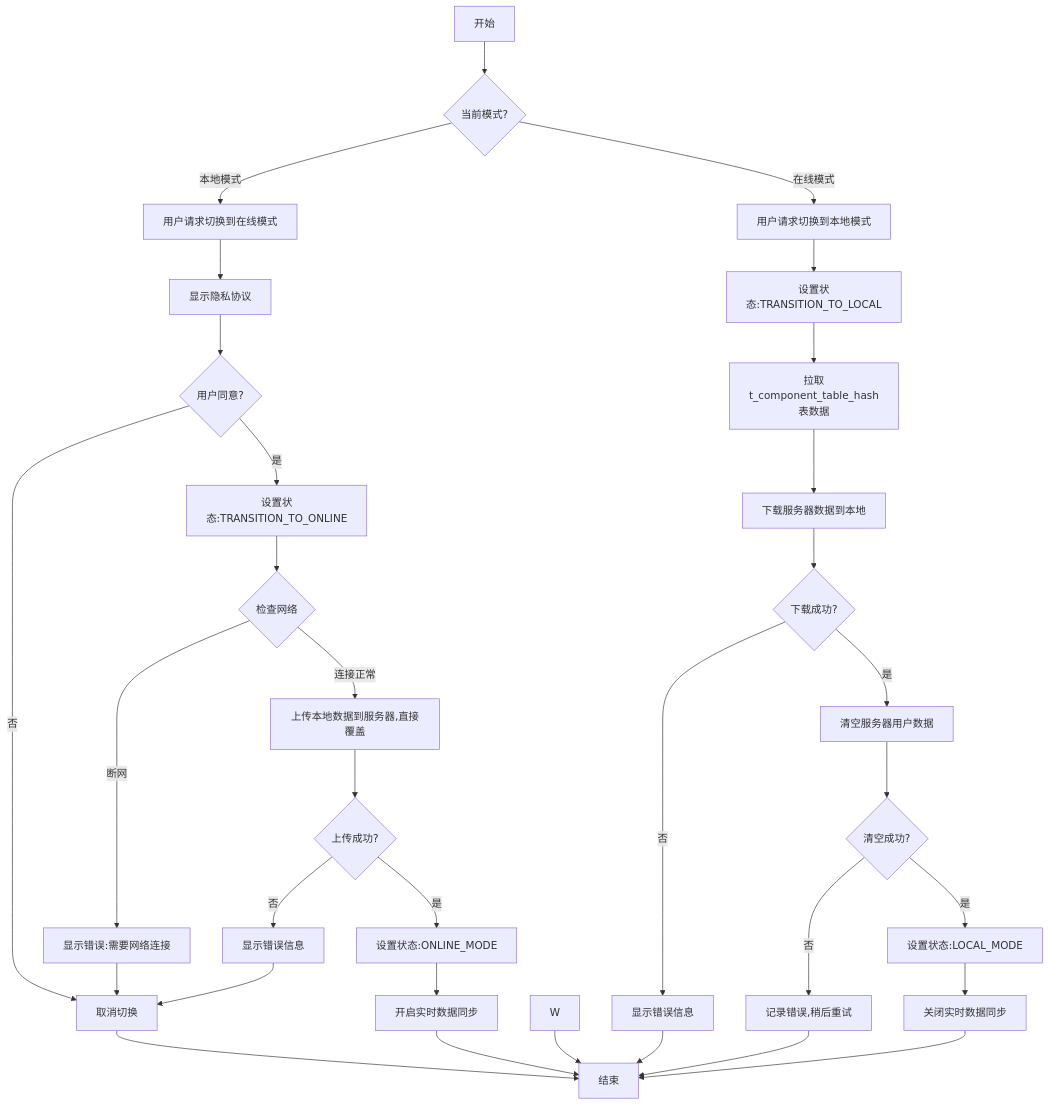
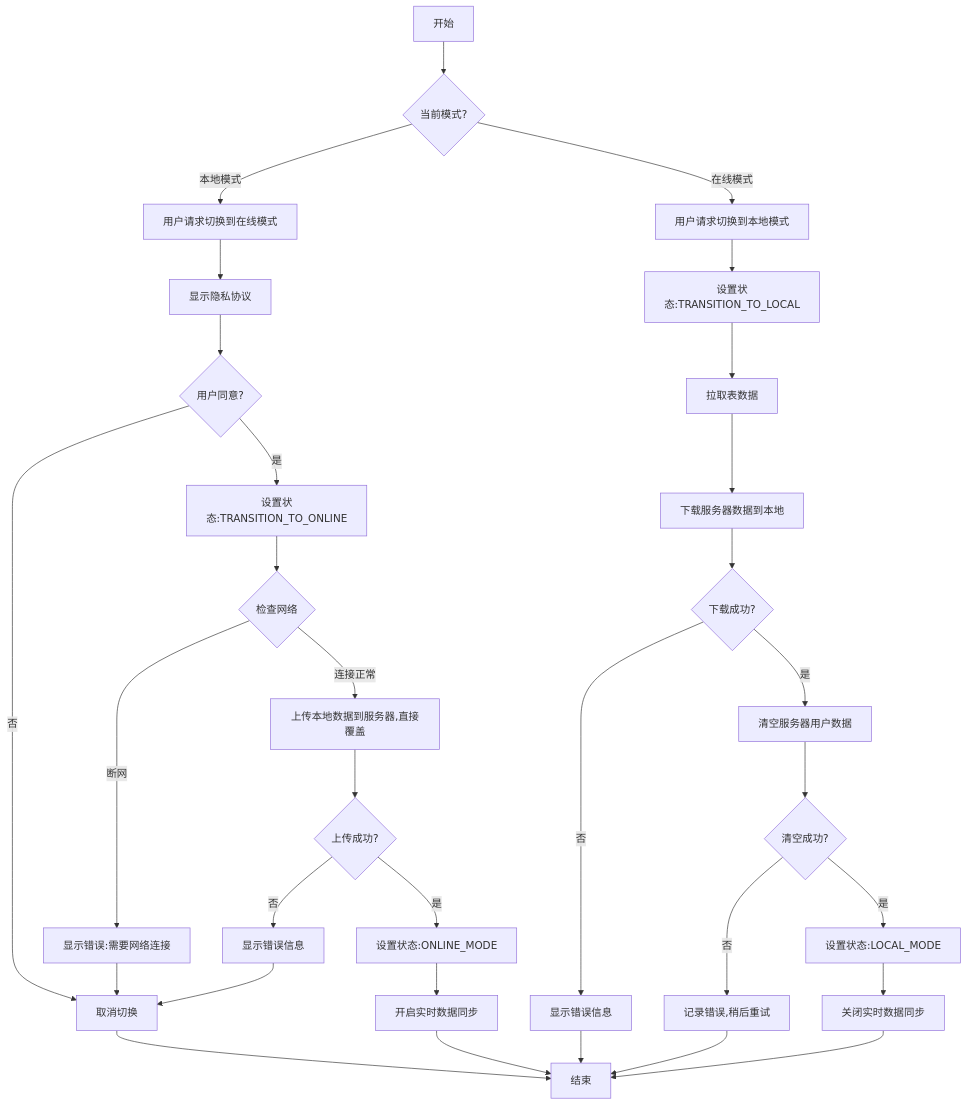
One commit to yingjianzh/iodraw-files changed the diagram in all/未命名-50.md. Above: the diagram before and after it, drawn with Mermaid.

Commit message:
2025-05-08 16:11:26 update

````diff
--- a/all/未命名-50.md
+++ b/all/未命名-50.md
@@ -1,40 +1,39 @@
 ```mermaid
 
 flowchart TD
     A[开始] --> B{当前模式?}
     
     B -->|本地模式| C[用户请求切换到在线模式]
     C --> F[显示隐私协议]
     F --> G{用户同意?}
     G -->|否| H[取消切换]
     H --> Z[结束]
     G -->|是| I[设置状态:TRANSITION_TO_ONLINE]
     I --> J{检查网络}
     J -->|断网| K[显示错误:需要网络连接]
     K --> H
     J -->|连接正常| O[上传本地数据到服务器,直接覆盖]
     O --> P{上传成功?}
     P -->|否| Q[显示错误信息]
     Q --> H
     P -->|是| R[设置状态:ONLINE_MODE]
     R --> S[开启实时数据同步]
     S --> Z
     
     B -->|在线模式| T[用户请求切换到本地模式]
     T --> U[设置状态:TRANSITION_TO_LOCAL]
-    U --> V[拉取t_component_table_hash表数据]
+    U --> V[拉取表数据]
     
-    W --> Z
     V --> X[下载服务器数据到本地]
     X --> Y{下载成功?}
     Y -->|否| AA2[显示错误信息]
     AA2 --> Z
     Y -->|是| AB2[清空服务器用户数据]
     AB2 --> AC2{清空成功?}
     AC2 -->|否| AD2[记录错误,稍后重试]
     AD2 --> Z
     AC2 -->|是| AE[设置状态:LOCAL_MODE]
     AE --> AF[关闭实时数据同步]
     AF --> Z
 
 ```
````
